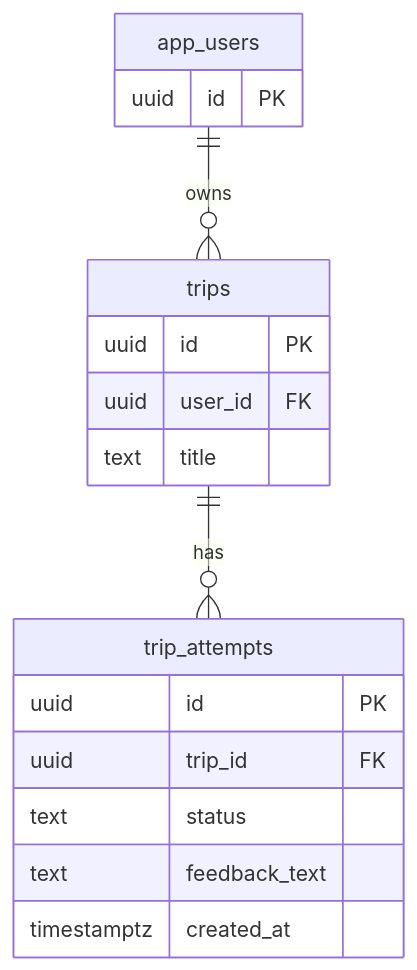
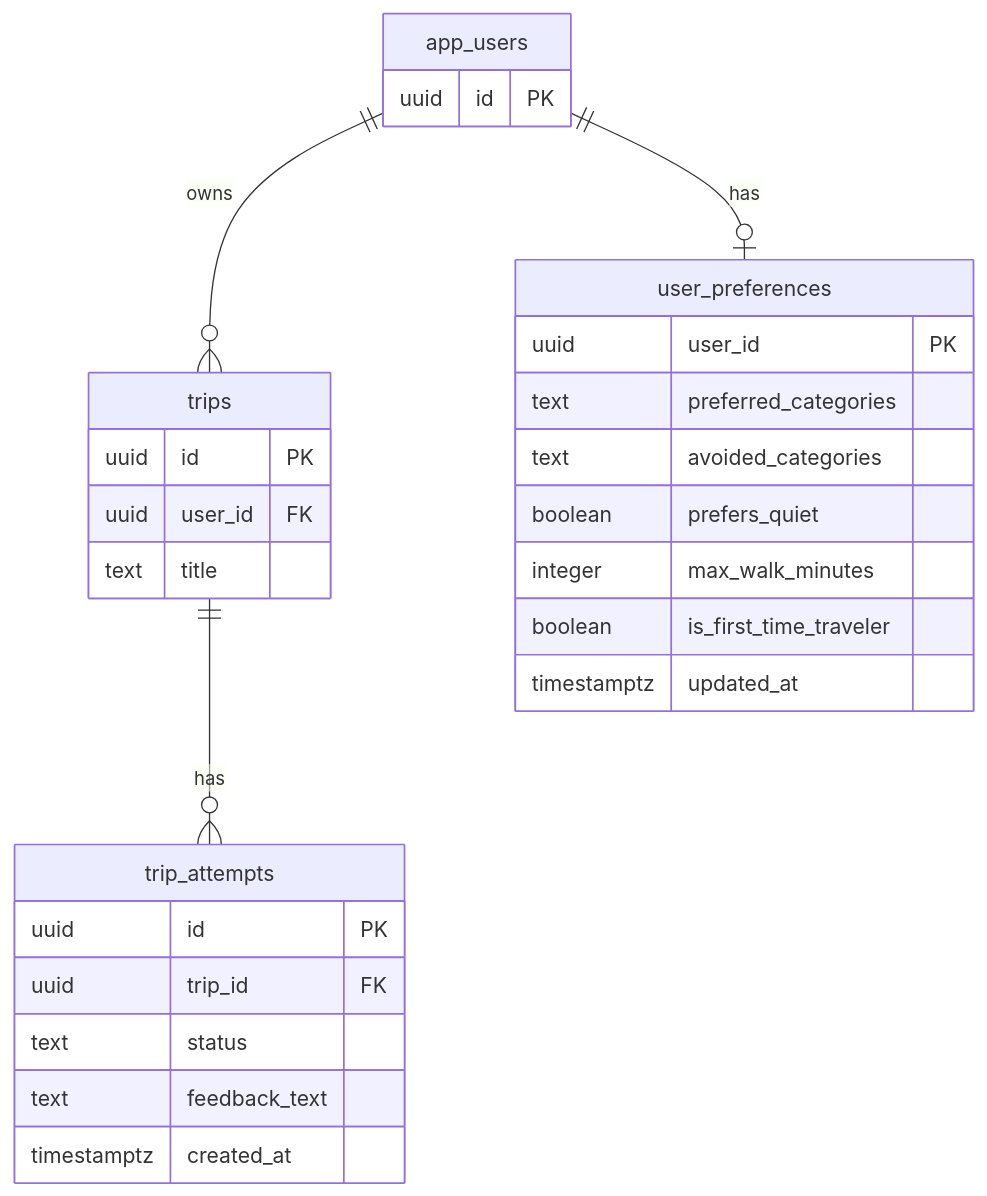
One commit to journey-101/main changed the diagram in docs/schema/db.md. Above: the diagram before and after it, drawn with Mermaid. The commit also changed other lines of this file and 2 other files, not shown here.

````diff
--- a/docs/schema/db.md
+++ b/docs/schema/db.md
@@ -10,23 +11,34 @@
 ```mermaid
 erDiagram
     app_users ||--o{ trips : owns
     trips ||--o{ trip_attempts : has
+    app_users ||--o| user_preferences : has
 
     app_users {
         uuid id PK
     }
 
     trips {
         uuid id PK
         uuid user_id FK
         text title
     }
 
     trip_attempts {
         uuid id PK
         uuid trip_id FK
         text status
         text feedback_text
         timestamptz created_at
     }
+
+    user_preferences {
+        uuid user_id PK
+        text preferred_categories
+        text avoided_categories
+        boolean prefers_quiet
+        integer max_walk_minutes
+        boolean is_first_time_traveler
+        timestamptz updated_at
+    }
 ```
````
